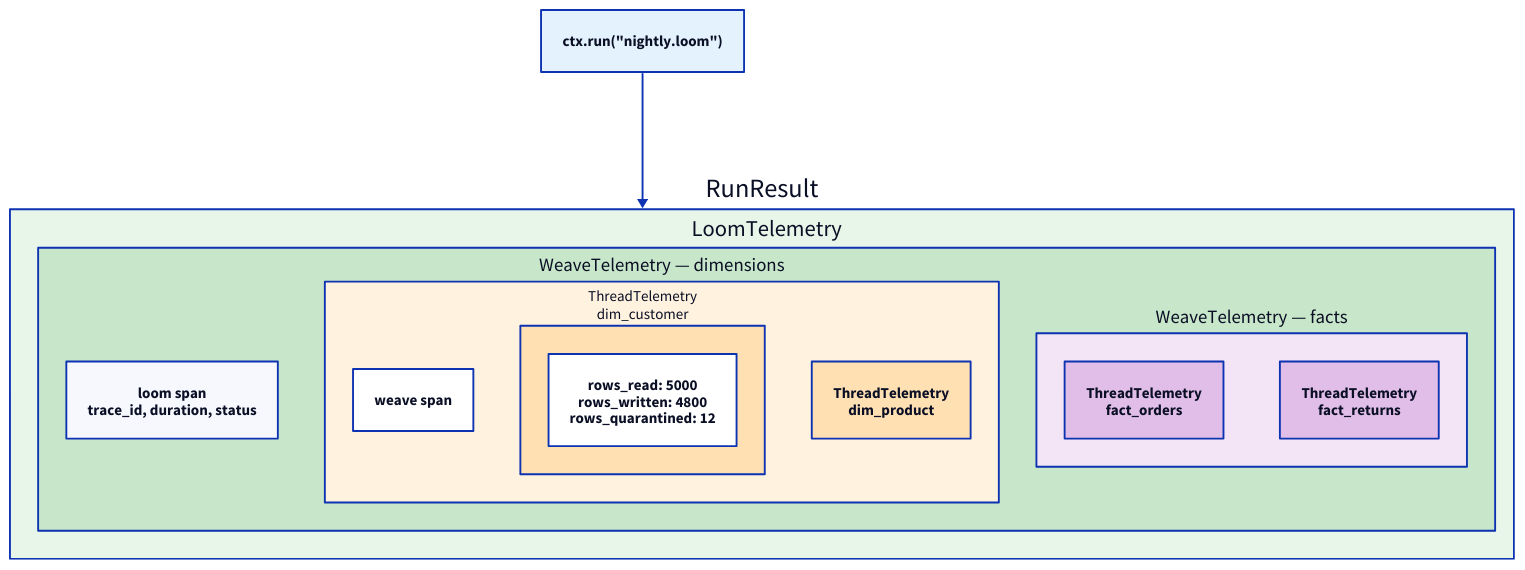
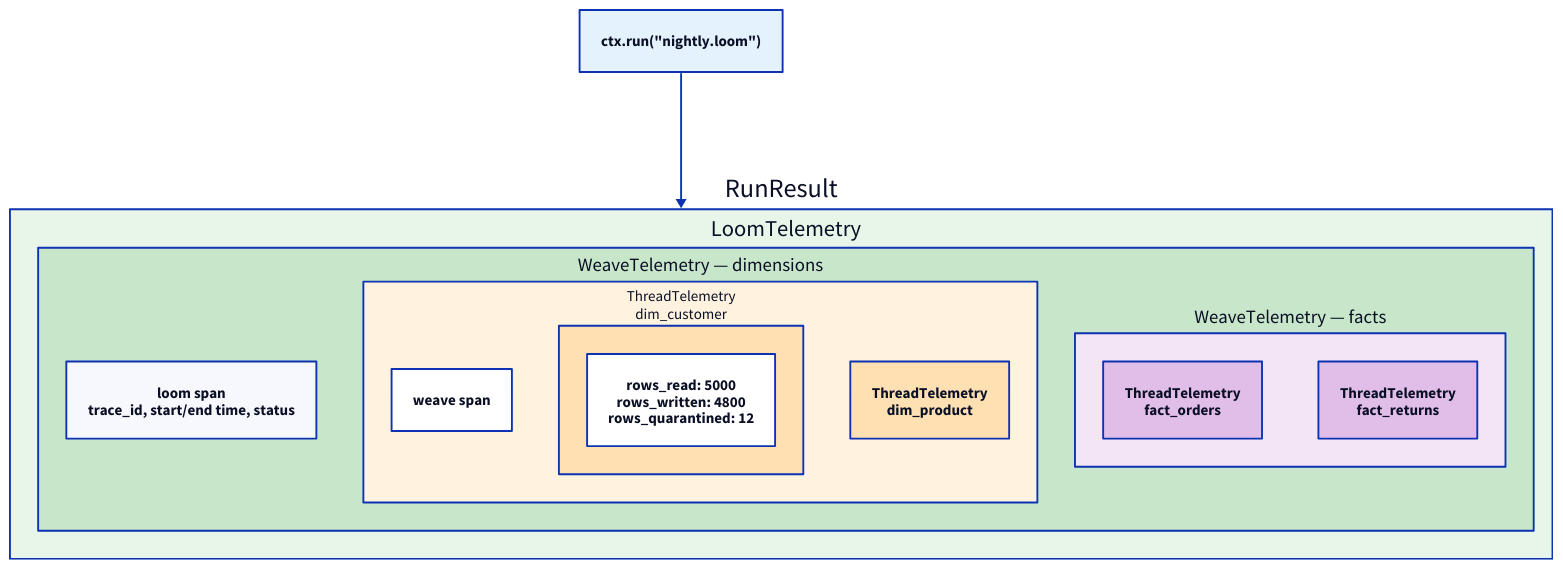
One commit to ardent-data/weevr changed the second of 2 diagrams in docs/guides/observability.md. Above: the diagram before and after it, drawn with D2. The commit also changed other lines of this file and 9 other files, not shown here.

Commit message:
chore(docs): correct telemetry access docs and schema reference gaps (#213)

````diff
--- a/docs/guides/observability.md
+++ b/docs/guides/observability.md
@@ -210,34 +219,34 @@
 ```d2
 direction: down
 
 run: ctx.run("nightly.loom") {style.fill: "#E3F2FD"}
 
 result: RunResult {
   style.fill: "#E8F5E9"
 
   telemetry: LoomTelemetry {
     style.fill: "#C8E6C9"
 
-    loom_span: loom span\ntrace_id, duration, status
+    loom_span: loom span\ntrace_id, start/end time, status
 
     weave_dim: WeaveTelemetry — dimensions {
       style.fill: "#FFF3E0"
       weave_span: weave span
 
       t1: ThreadTelemetry\ndim_customer {
         style.fill: "#FFE0B2"
         rows: "rows_read: 5000\nrows_written: 4800\nrows_quarantined: 12"
       }
       t2: ThreadTelemetry\ndim_product {style.fill: "#FFE0B2"}
     }
 
     weave_facts: WeaveTelemetry — facts {
       style.fill: "#F3E5F5"
       t3: ThreadTelemetry\nfact_orders {style.fill: "#E1BEE7"}
       t4: ThreadTelemetry\nfact_returns {style.fill: "#E1BEE7"}
     }
   }
 }
 
 run -> result
 ```
````
